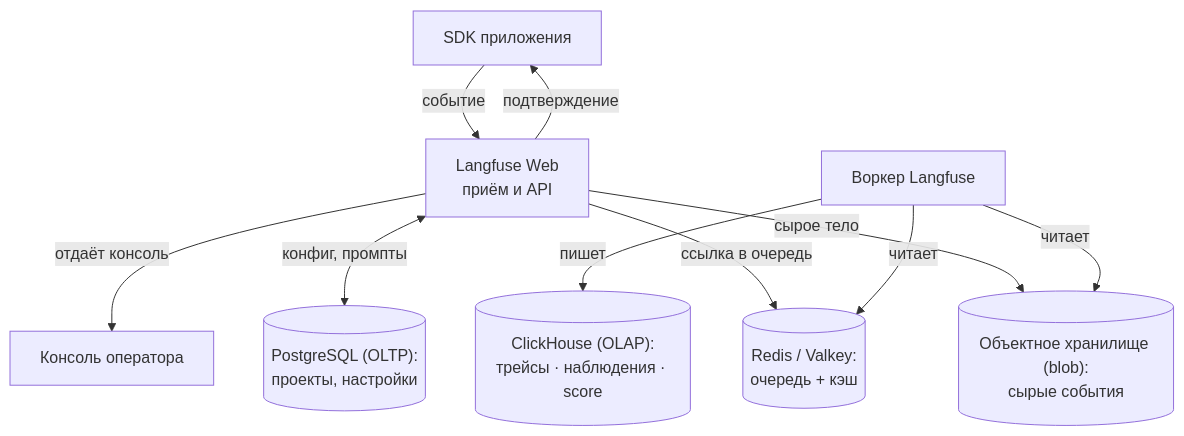
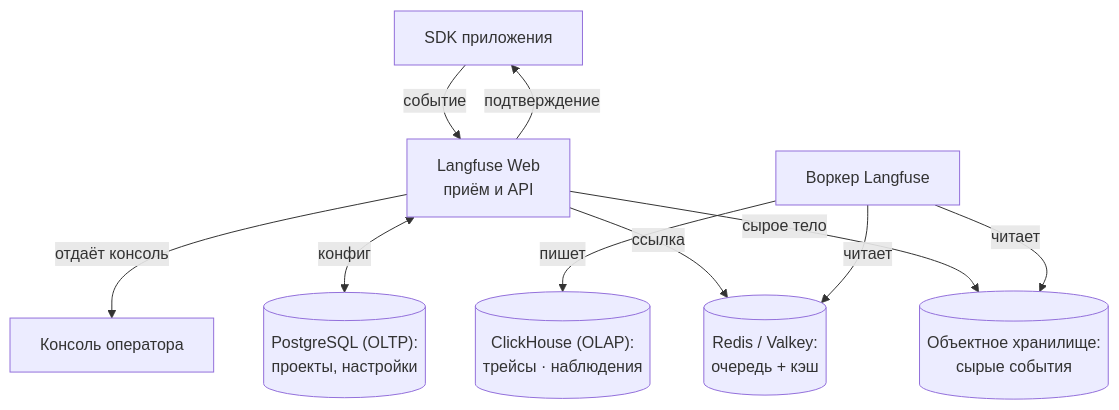
One commit to NikolaiSachok/ai-engineering-handbook changed the first of 2 diagrams in i18n/ru/docusaurus-plugin-content-docs/current/part-3-production/tooling-ecosystem/deep-dive.md. Above: the diagram before and after it, drawn with Mermaid. The commit also changed other lines of this file and 75 other files, not shown here.

First line of the commit message:
fix(diagrams): re-author wide diagrams, and measure the three locales the gate never saw (#441)

````diff
--- a/i18n/ru/docusaurus-plugin-content-docs/current/part-3-production/tooling-ecosystem/deep-dive.md
+++ b/i18n/ru/docusaurus-plugin-content-docs/current/part-3-production/tooling-ecosystem/deep-dive.md
@@ -72,12 +72,12 @@
 ```mermaid
 flowchart TD
     SDK["SDK приложения"] -->|событие| WEB["Langfuse Web<br/>приём и API"]
     WEB -->|подтверждение| SDK
-    WEB -->|сырое тело| BLOB[("Объектное хранилище (blob):<br/>сырые события")]
-    WEB -->|ссылка в очередь| REDIS[("Redis / Valkey:<br/>очередь + кэш")]
+    WEB -->|сырое тело| BLOB[("Объектное хранилище:<br/>сырые события")]
+    WEB -->|ссылка| REDIS[("Redis / Valkey:<br/>очередь + кэш")]
     WORKER["Воркер Langfuse"] -->|читает| REDIS
     WORKER -->|читает| BLOB
-    WORKER -->|пишет| CH[("ClickHouse (OLAP):<br/>трейсы · наблюдения · score")]
-    WEB <-->|конфиг, промпты| PG[("PostgreSQL (OLTP):<br/>проекты, настройки")]
+    WORKER -->|пишет| CH[("ClickHouse (OLAP):<br/>трейсы · наблюдения")]
+    WEB <-->|конфиг| PG[("PostgreSQL (OLTP):<br/>проекты, настройки")]
     WEB -->|отдаёт консоль| UI["Консоль оператора"]
 ```
````
